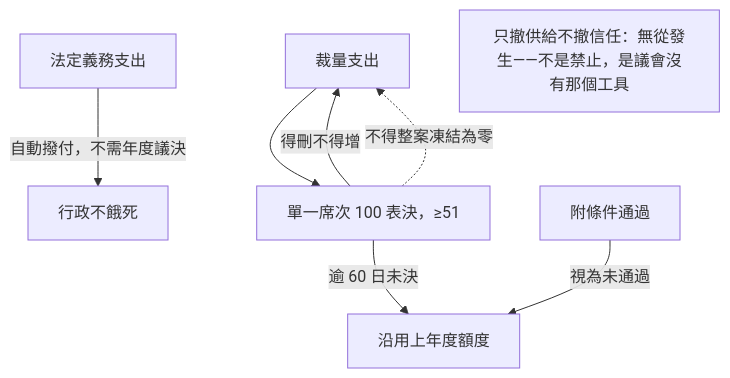
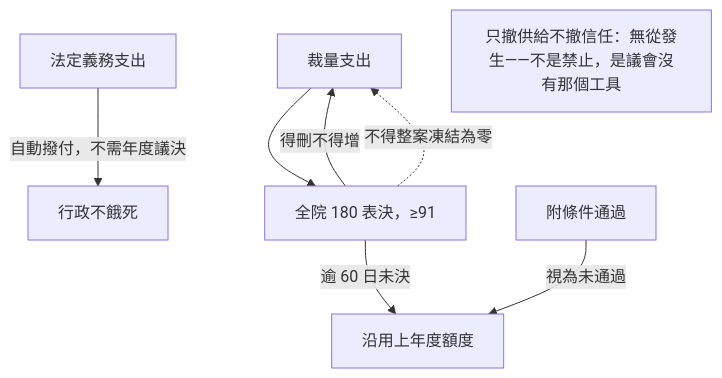
One commit to IRonROOT578/Political-Economy-Research-Public changed the fourth of 10 diagrams in topics/regime-designs/designs/台灣/一院總統制/憲政架構圖.md. Above: the diagram before and after it, drawn with Mermaid. The commit also changed other lines of this file and 241 other files, not shown here.

````diff
--- a/topics/regime-designs/designs/台灣/一院總統制/憲政架構圖.md
+++ b/topics/regime-designs/designs/台灣/一院總統制/憲政架構圖.md
@@ -56,10 +56,10 @@
 ```mermaid
 flowchart TD
   Obl[法定義務支出] -->|自動撥付，不需年度議決| Live[行政不餓死]
-  Disc[裁量支出] --> SMD[單一席次 100 表決，≥51]
-  SMD -->|得刪不得增| Disc
-  SMD -.->|不得整案凍結為零| Disc
-  SMD -->|逾 60 日未決| Roll[沿用上年度額度]
+  Disc[裁量支出] --> ALLB[全院 180 表決，≥91]
+  ALLB -->|得刪不得增| Disc
+  ALLB -.->|不得整案凍結為零| Disc
+  ALLB -->|逾 60 日未決| Roll[沿用上年度額度]
   Cond[附條件通過] -->|視為未通過| Roll
   Note[只撤供給不撤信任：無從發生——不是禁止，是議會沒有那個工具]
 ```
````
